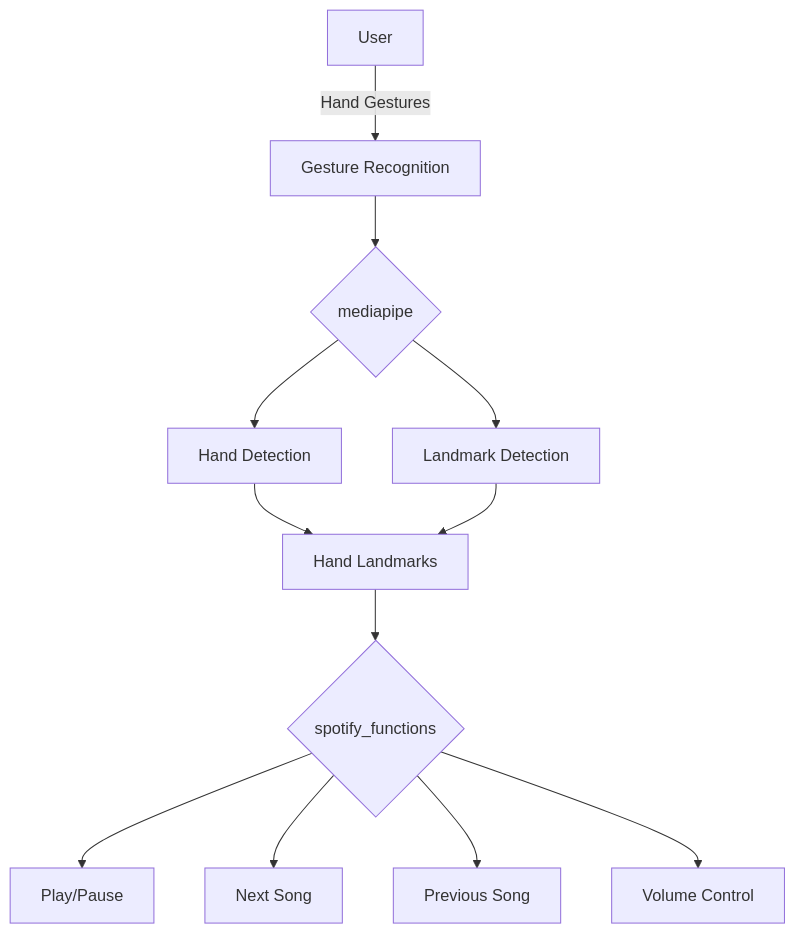
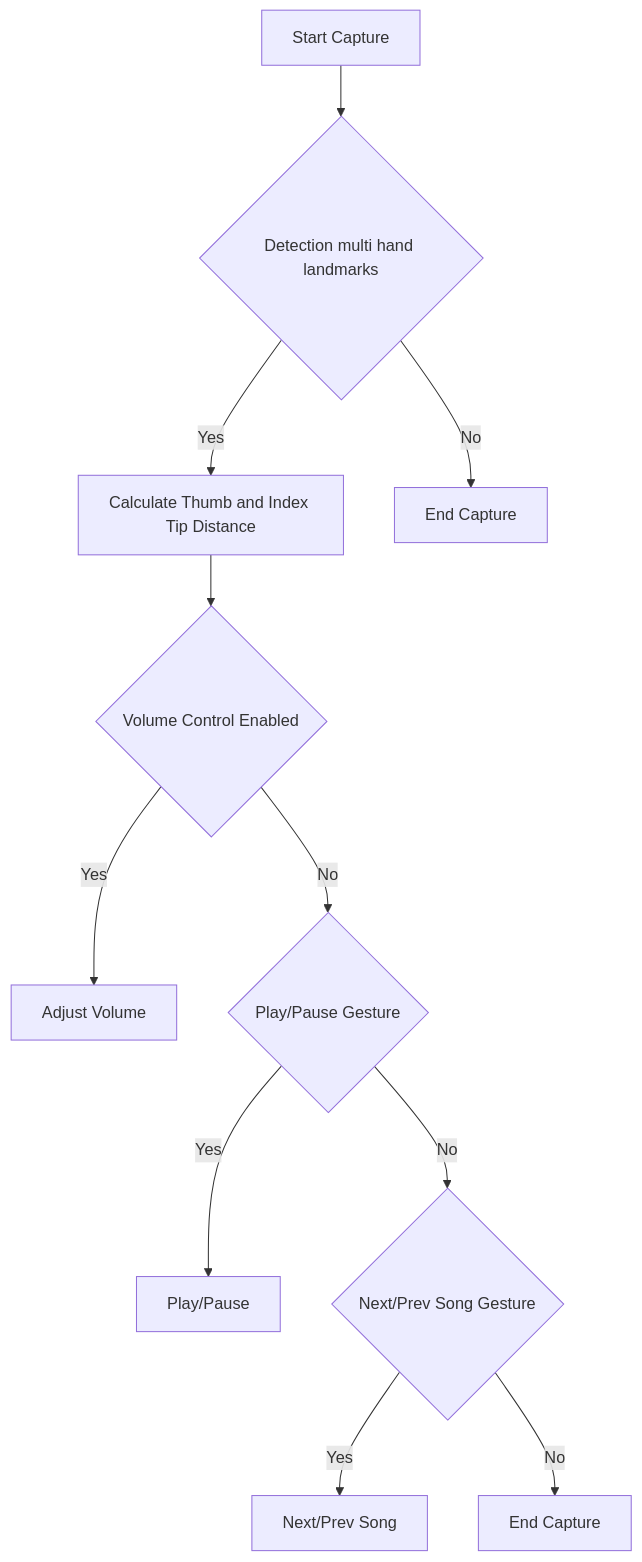
One commit to gitbito/AI-Automation changed the diagram in documentation/create_overview_doc/doc_Spotify-Gesture-Control-main/gesture_recognition.py_Doc.md. Above: the diagram before and after it, drawn with Mermaid. The commit also changed other lines of this file and 6 other files, not shown here.

````diff
--- a/documentation/create_overview_doc/doc_Spotify-Gesture-Control-main/gesture_recognition.py_Doc.md
+++ b/documentation/create_overview_doc/doc_Spotify-Gesture-Control-main/gesture_recognition.py_Doc.md
@@ -32,14 +31,13 @@
 ```mermaid
-graph TB
-    A[User] -->|Hand Gestures| B[Gesture Recognition]
-    B --> C{mediapipe}
-    C --> D[Hand Detection]
-    C --> E[Landmark Detection]
-    D --> F[Hand Landmarks]
-    E --> F
-    F --> G{spotify_functions}
-    G --> H[Play/Pause]
-    G --> I[Next Song]
-    G --> J[Previous Song]
-    G --> K[Volume Control]
+graph TD
+    A[Start Capture] --> B{Detection multi hand landmarks}
+    B --> |Yes| C[Calculate Thumb and Index Tip Distance]
+    B --> |No| D[End Capture]
+    C --> E{Volume Control Enabled}
+    E --> |Yes| F[Adjust Volume]
+    E --> |No| G{Play/Pause Gesture}
+    G --> |Yes| H[Play/Pause]
+    G --> |No| I{Next/Prev Song Gesture}
+    I --> |Yes| J[Next/Prev Song]
+    I --> |No| K[End Capture]
 ```
````
